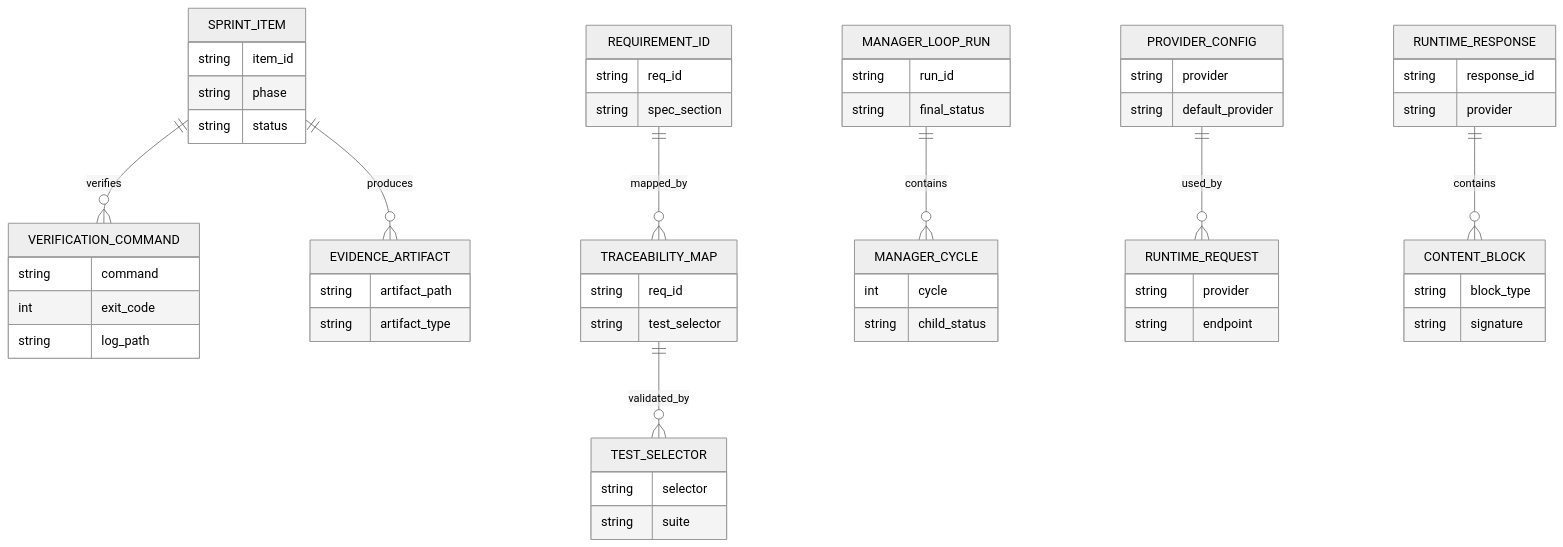
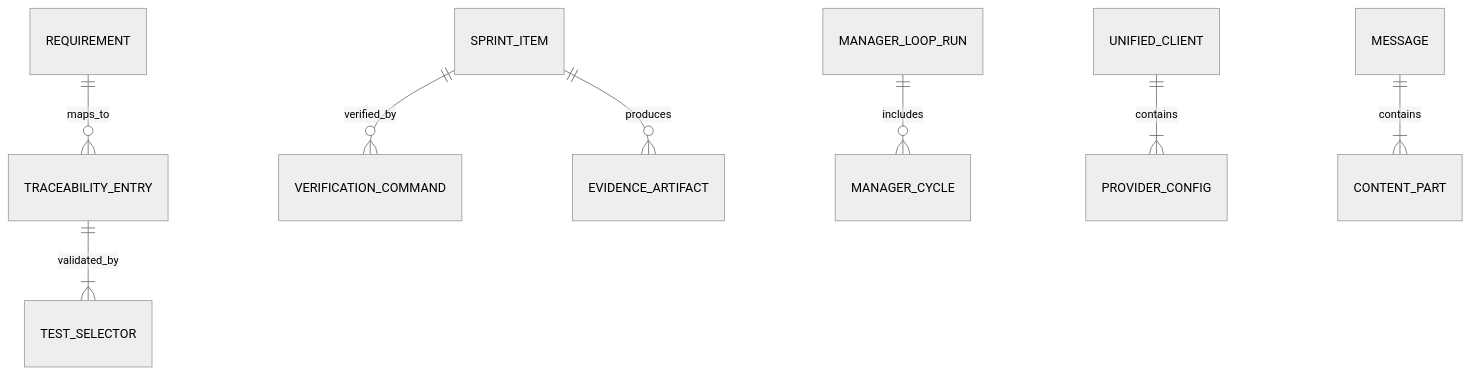
Before and after one commit to jaytaylor/attractor-tcl: the second of 5 diagrams in docs/sprints/SPRINT-006-nlspec-adherence-gap-closure.md, drawn with Mermaid (neutral theme). The commit also changed other lines of this file, not shown here.

Commit message:
docs: complete sprint 006 checklist with fresh verification evidence

````diff
--- a/docs/sprints/SPRINT-006-nlspec-adherence-gap-closure.md
+++ b/docs/sprints/SPRINT-006-nlspec-adherence-gap-closure.md
@@ -894,61 +1386,10 @@
 ```mermaid
 erDiagram
-  SPRINT_ITEM ||--o{ VERIFICATION_COMMAND : verifies
+  REQUIREMENT ||--o{ TRACEABILITY_ENTRY : maps_to
+  TRACEABILITY_ENTRY ||--|{ TEST_SELECTOR : validated_by
+  SPRINT_ITEM ||--o{ VERIFICATION_COMMAND : verified_by
   SPRINT_ITEM ||--o{ EVIDENCE_ARTIFACT : produces
-  REQUIREMENT_ID ||--o{ TRACEABILITY_MAP : mapped_by
-  TRACEABILITY_MAP ||--o{ TEST_SELECTOR : validated_by
-  MANAGER_LOOP_RUN ||--o{ MANAGER_CYCLE : contains
-  PROVIDER_CONFIG ||--o{ RUNTIME_REQUEST : used_by
-  RUNTIME_RESPONSE ||--o{ CONTENT_BLOCK : contains
-
-  SPRINT_ITEM {
-    string item_id
-    string phase
-    string status
-  }
-  VERIFICATION_COMMAND {
-    string command
-    int exit_code
-    string log_path
-  }
-  EVIDENCE_ARTIFACT {
-    string artifact_path
-    string artifact_type
-  }
-  REQUIREMENT_ID {
-    string req_id
-    string spec_section
-  }
-  TRACEABILITY_MAP {
-    string req_id
-    string test_selector
-  }
-  TEST_SELECTOR {
-    string selector
-    string suite
-  }
-  MANAGER_LOOP_RUN {
-    string run_id
-    string final_status
-  }
-  MANAGER_CYCLE {
-    int cycle
-    string child_status
-  }
-  PROVIDER_CONFIG {
-    string provider
-    string default_provider
-  }
-  RUNTIME_REQUEST {
-    string provider
-    string endpoint
-  }
-  RUNTIME_RESPONSE {
-    string response_id
-    string provider
-  }
-  CONTENT_BLOCK {
-    string block_type
-    string signature
-  }
+  MANAGER_LOOP_RUN ||--o{ MANAGER_CYCLE : includes
+  UNIFIED_CLIENT ||--|{ PROVIDER_CONFIG : contains
+  MESSAGE ||--|{ CONTENT_PART : contains
 ```
````
